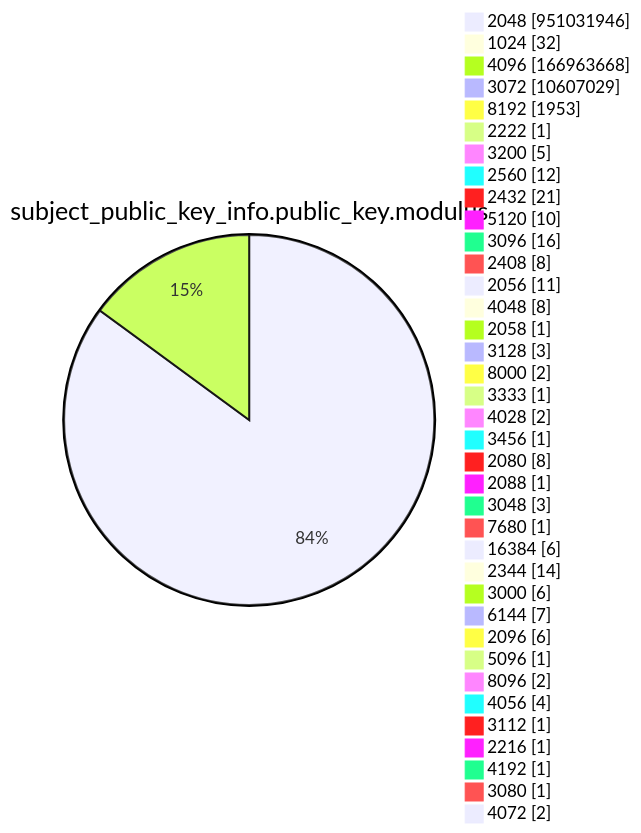
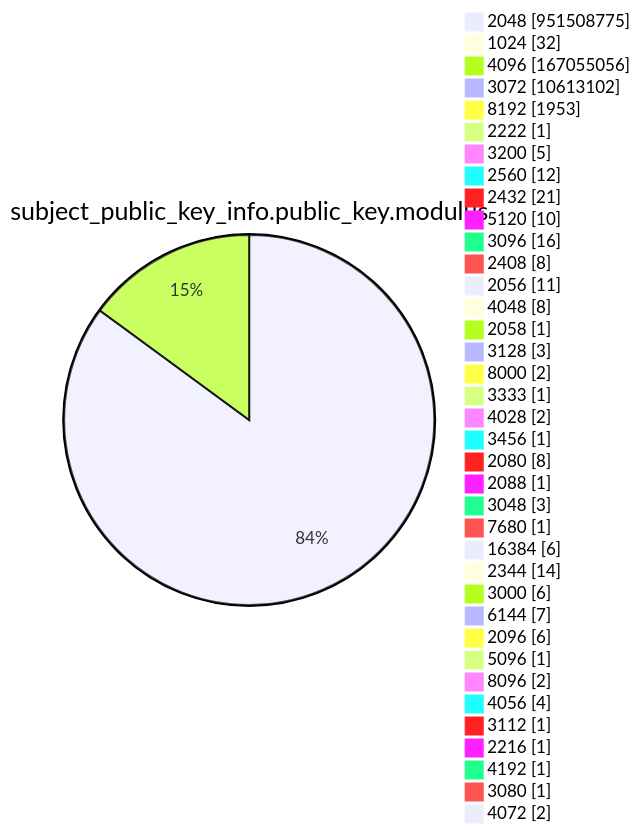
One commit to christiankrug/ctmonitor_visualization changed diagram 13 of 15 in argon2022/README.md. Above: the diagram before and after it, drawn with Mermaid. The commit also changed other lines of this file, not shown here.

````diff
--- a/argon2022/README.md
+++ b/argon2022/README.md
@@ -3585,41 +3585,41 @@
 ```mermaid
 pie showData
 title subject_public_key_info.public_key.modulus
-"2048" :951031946
+"2048" :951508775
 "1024" :32
-"4096" :166963668
-"3072" :10607029
+"4096" :167055056
+"3072" :10613102
 "8192" :1953
 "2222" :1
 "3200" :5
 "2560" :12
 "2432" :21
 "5120" :10
 "3096" :16
 "2408" :8
 "2056" :11
 "4048" :8
 "2058" :1
 "3128" :3
 "8000" :2
 "3333" :1
 "4028" :2
 "3456" :1
 "2080" :8
 "2088" :1
 "3048" :3
 "7680" :1
 "16384" :6
 "2344" :14
 "3000" :6
 "6144" :7
 "2096" :6
 "5096" :1
 "8096" :2
 "4056" :4
 "3112" :1
 "2216" :1
 "4192" :1
 "3080" :1
 "4072" :2
 ```
````
